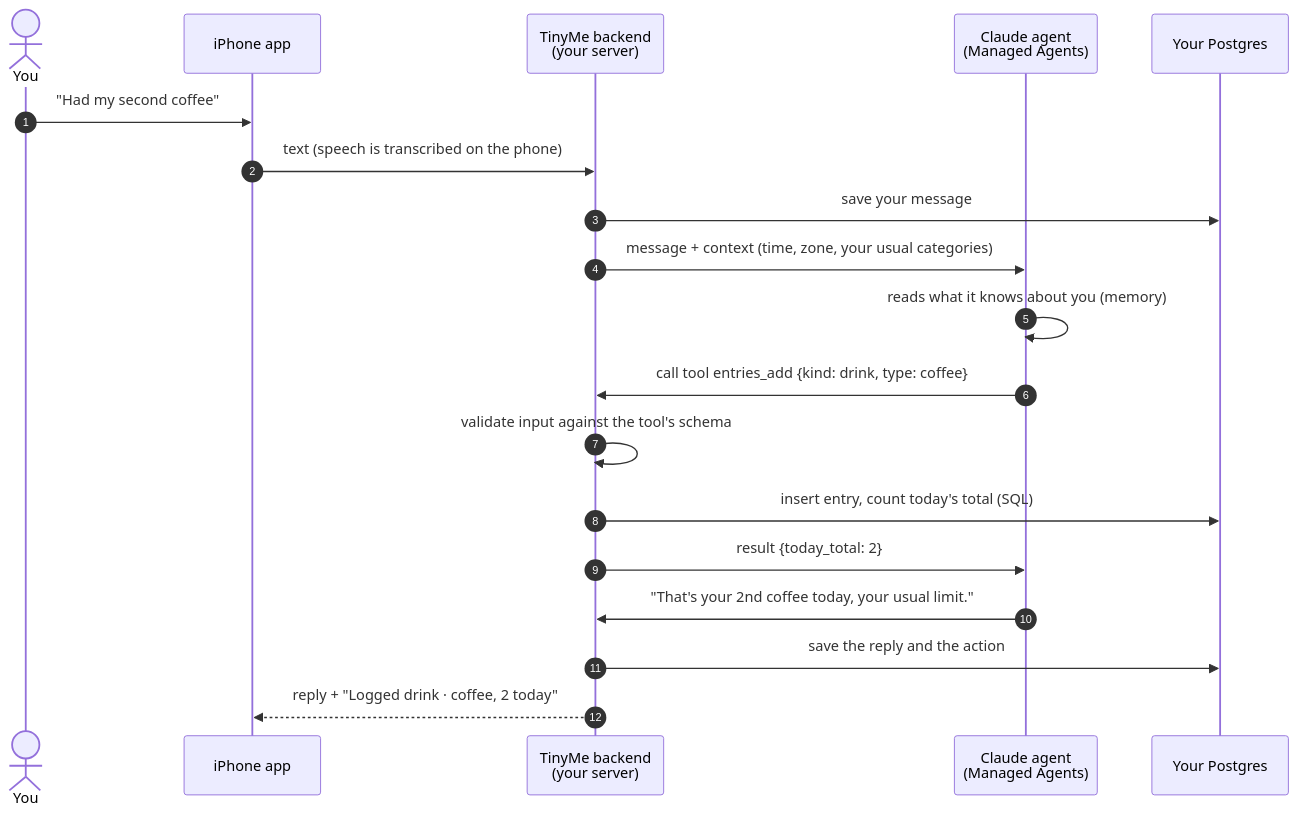
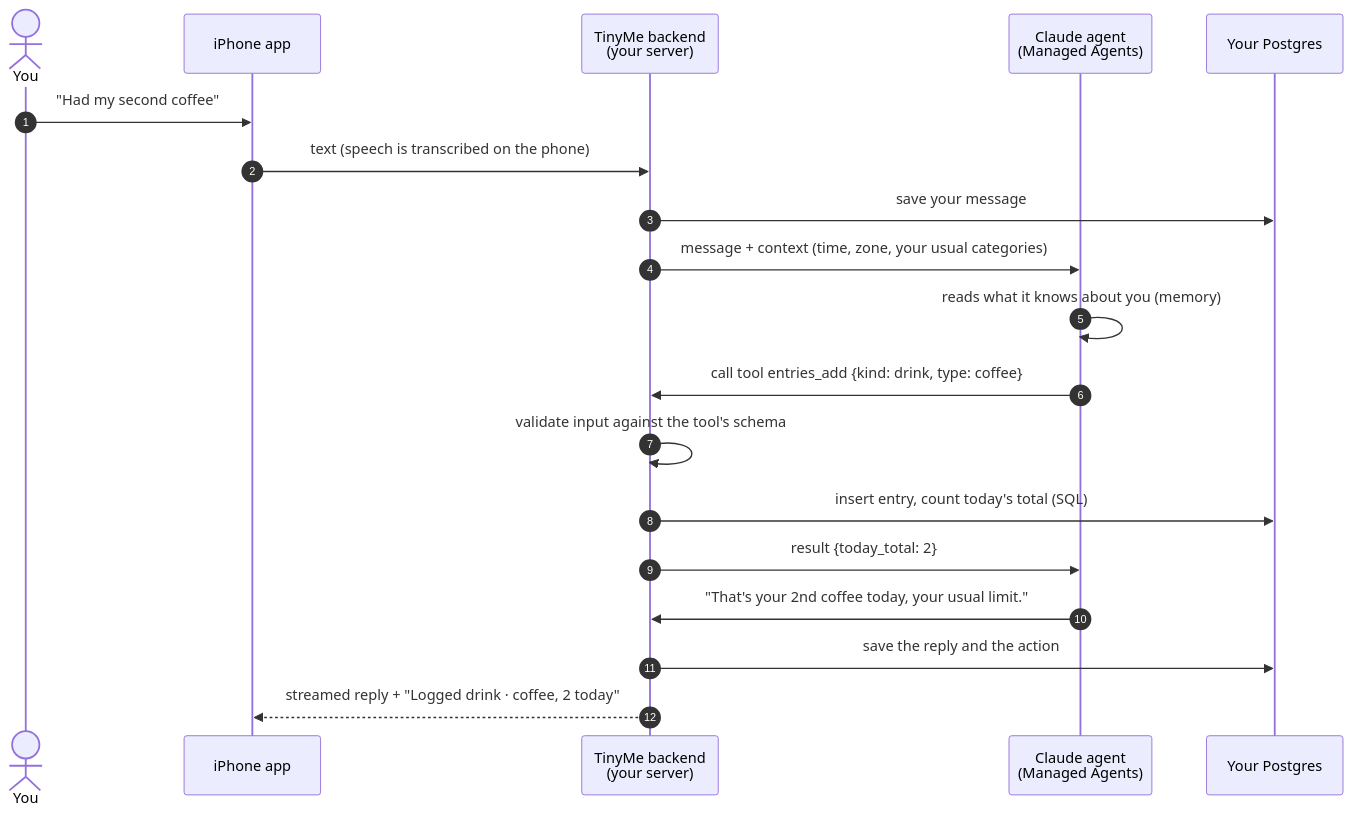
The first of 2 diagrams in README.md (bharatekarhade/tinyme), drawn with Mermaid before and after one commit. The commit also changed other lines of this file and 6 other files, not shown here.

````diff
--- a/README.md
+++ b/README.md
@@ -79,22 +111,22 @@
 ```mermaid
 sequenceDiagram
     autonumber
     actor You
     participant App as iPhone app
     participant API as TinyMe backend<br/>(your server)
     participant Agent as Claude agent<br/>(Managed Agents)
     participant DB as Your Postgres
 
     You->>App: "Had my second coffee"
     App->>API: text (speech is transcribed on the phone)
     API->>DB: save your message
     API->>Agent: message + context (time, zone, your usual categories)
     Agent->>Agent: reads what it knows about you (memory)
     Agent->>API: call tool entries_add {kind: drink, type: coffee}
     API->>API: validate input against the tool's schema
     API->>DB: insert entry, count today's total (SQL)
     API->>Agent: result {today_total: 2}
     Agent->>API: "That's your 2nd coffee today, your usual limit."
     API->>DB: save the reply and the action
-    API-->>App: reply + "Logged drink · coffee, 2 today"
+    API-->>App: streamed reply + "Logged drink · coffee, 2 today"
 ```
````
